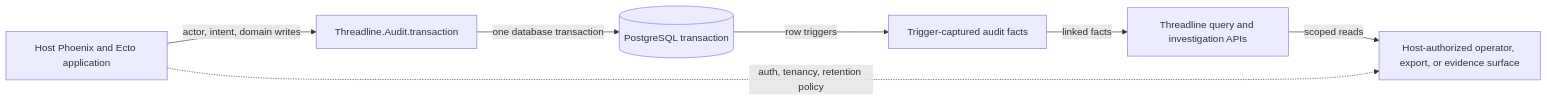
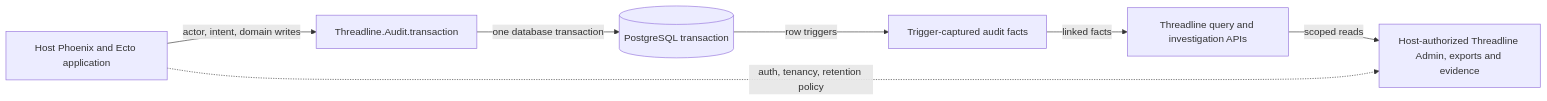
One commit to szTheory/threadline changed the first of 4 diagrams in guides/how-threadline-works.md. Above: the diagram before and after it, drawn with Mermaid. The commit also changed other lines of this file and 499 other files, not shown here.

First line of the commit message:
feat: refresh Threadline Admin and complete audit workflows (#105)

````diff
--- a/guides/how-threadline-works.md
+++ b/guides/how-threadline-works.md
@@ -17,19 +17,19 @@
 ```mermaid
 flowchart LR
     accTitle: Threadline end-to-end audit flow
     accDescr: A host Phoenix and Ecto application supplies identity and intent, PostgreSQL triggers capture row changes, and Threadline query surfaces make the linked facts investigable under host authorization and scope.
 
     H["Host Phoenix and Ecto application"]
     A["Threadline.Audit.transaction"]
     P[("PostgreSQL transaction")]
     C["Trigger-captured audit facts"]
     Q["Threadline query and investigation APIs"]
-    O["Host-authorized operator, export, or evidence surface"]
+    O["Host-authorized Threadline Admin, exports and evidence"]
 
     H -->|"actor, intent, domain writes"| A
     A -->|"one database transaction"| P
     P -->|"row triggers"| C
     C -->|"linked facts"| Q
     Q -->|"scoped reads"| O
     H -.->|"auth, tenancy, retention policy"| O
 ```
````
